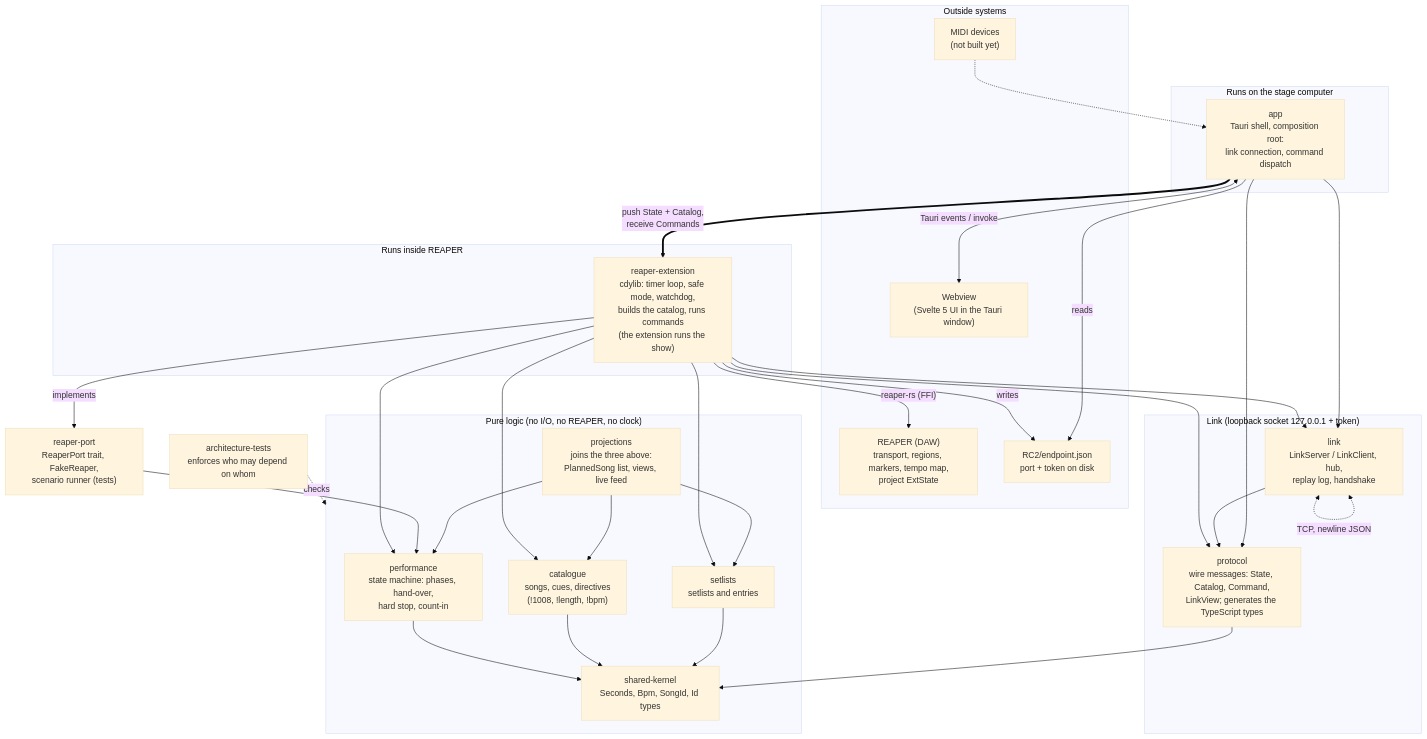
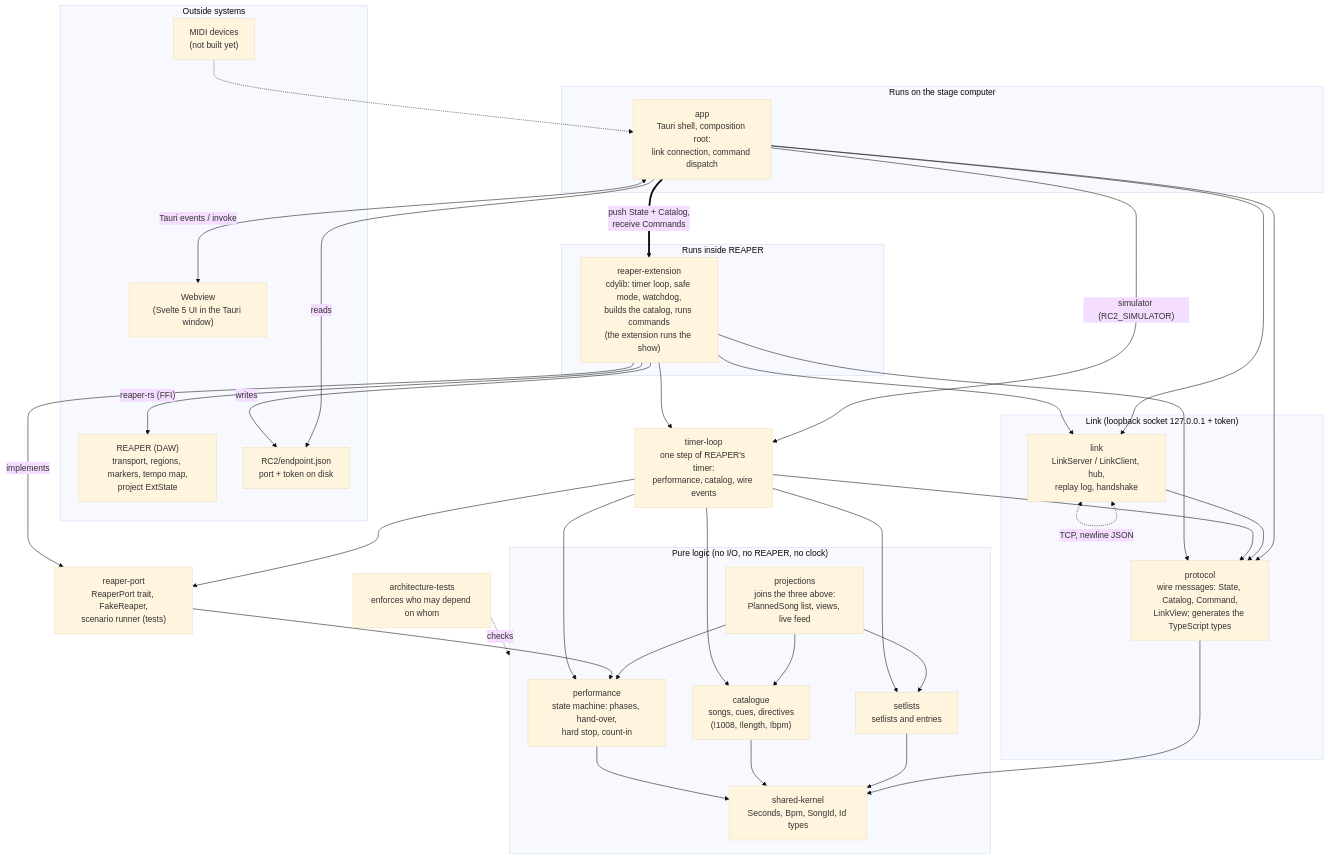
Before and after one commit to theupriser/reaper-control: the diagram in docs/ARCHITECTURE.md, drawn with Mermaid (base theme). The commit also changed other lines of this file and 34 other files, not shown here.

Commit message:
Add the simulator: the real timer loop over FakeReaper, in its own crate (WP 4.11)

````diff
--- a/docs/ARCHITECTURE.md
+++ b/docs/ARCHITECTURE.md
@@ -5,49 +5,52 @@
 ```mermaid
 flowchart TB
   subgraph external["Outside systems"]
     reaper["REAPER (DAW)<br/>transport, regions, markers, tempo map,<br/>project ExtState"]
     webview["Webview<br/>(Svelte 5 UI in the Tauri window)"]
     files["RC2/endpoint.json<br/>port + token on disk"]
     midi["MIDI devices<br/>(not built yet)"]
   end
 
   subgraph extension_side["Runs inside REAPER"]
     ext["reaper-extension<br/>cdylib: timer loop, safe mode, watchdog,<br/>builds the catalog, runs commands<br/>(the extension runs the show)"]
   end
 
   subgraph app_side["Runs on the stage computer"]
     app["app<br/>Tauri shell, composition root:<br/>link connection, command dispatch"]
   end
 
   subgraph wire["Link (loopback socket 127.0.0.1 + token)"]
     link["link<br/>LinkServer / LinkClient, hub,<br/>replay log, handshake"]
     protocol["protocol<br/>wire messages: State, Catalog, Command,<br/>LinkView; generates the TypeScript types"]
   end
 
   subgraph logic["Pure logic (no I/O, no REAPER, no clock)"]
     performance["performance<br/>state machine: phases, hand-over,<br/>hard stop, count-in"]
     catalogue["catalogue<br/>songs, cues, directives<br/>(!1008, !length, !bpm)"]
     setlists["setlists<br/>setlists and entries"]
     projections["projections<br/>joins the three above:<br/>PlannedSong list, views, live feed"]
     kernel["shared-kernel<br/>Seconds, Bpm, SongId, Id types"]
   end
 
   port["reaper-port<br/>ReaperPort trait, FakeReaper,<br/>scenario runner (tests)"]
+  timerloop["timer-loop<br/>one step of REAPER's timer:<br/>performance, catalog, wire events"]
   arch["architecture-tests<br/>enforces who may depend on whom"]
 
   ext -- "reaper-rs (FFI)" --> reaper
   ext -- implements --> port
-  ext --> performance & catalogue & setlists & protocol & link
+  ext --> timerloop & protocol & link
+  timerloop --> port & performance & catalogue & setlists & protocol
+  app -- "simulator (RC2_SIMULATOR)" --> timerloop
   ext -- writes --> files
   link --> protocol
   app --> link & protocol
   app -- reads --> files
   app <-- "Tauri events / invoke" --> webview
   link <-. "TCP, newline JSON" .-> link
   app == "push State + Catalog,<br/>receive Commands" ==> ext
   port --> performance
   projections --> performance & catalogue & setlists
   performance & catalogue & setlists & protocol --> kernel
   midi -.-> app
   arch -. checks .-> logic
 ```
````
